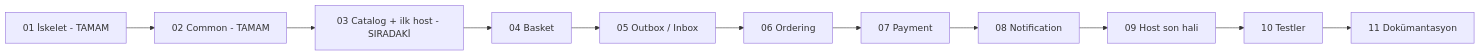
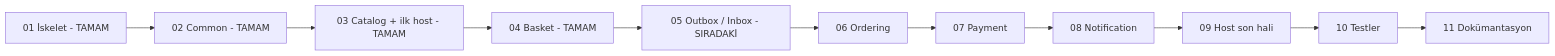
The first of 10 diagrams in docs/mimari-ve-ilerleme.md (seyfullahcuhadar/modular-monolith-example), drawn with Mermaid before and after one commit. The commit also changed other lines of this file and 102 other files, not shown here.

First line of the commit message:
Adım 03-04: Catalog ve Basket modülleri, senkron ICatalogApi sınırı.

````diff
--- a/docs/mimari-ve-ilerleme.md
+++ b/docs/mimari-ve-ilerleme.md
@@ -9,13 +9,13 @@
 ```mermaid
 flowchart LR
     s01["01 İskelet - TAMAM"] --> s02["02 Common - TAMAM"]
-    s02 --> s03["03 Catalog + ilk host - SIRADAKİ"]
-    s03 --> s04["04 Basket"]
-    s04 --> s05["05 Outbox / Inbox"]
+    s02 --> s03["03 Catalog + ilk host - TAMAM"]
+    s03 --> s04["04 Basket - TAMAM"]
+    s04 --> s05["05 Outbox / Inbox - SIRADAKİ"]
     s05 --> s06["06 Ordering"]
     s06 --> s07["07 Payment"]
     s07 --> s08["08 Notification"]
     s08 --> s09["09 Host son hali"]
     s09 --> s10["10 Testler"]
     s10 --> s11["11 Dokümantasyon"]
 ```
````
